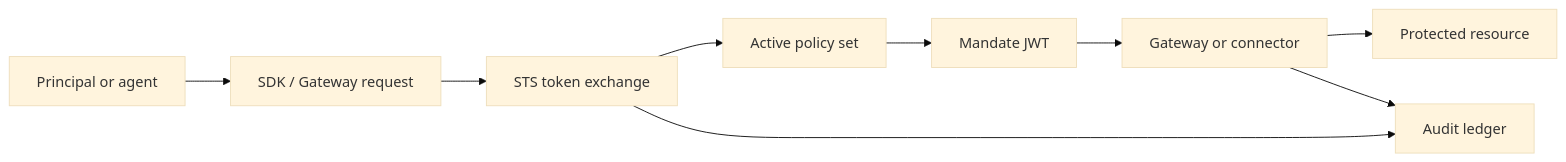
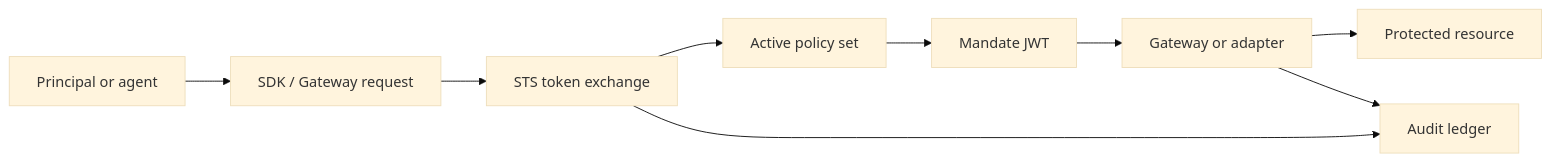
The diagram in docs/src/content/docs/concepts/index.mdx (Garudex-Labs/caracal), drawn with Mermaid (base theme) before and after one commit. The commit also changed other lines of this file and 7 other files, not shown here.

Commit message:
refactor: update documentation to replace 'connector' with 'adapter' terminology across multiple concepts and guides

````diff
--- a/docs/src/content/docs/concepts/index.mdx
+++ b/docs/src/content/docs/concepts/index.mdx
@@ -30,11 +30,11 @@
 ```mermaid
 flowchart LR
   Principal["Principal or agent"] --> SDK["SDK / Gateway request"]
   SDK --> STS["STS token exchange"]
   STS --> Policy["Active policy set"]
   Policy --> Mandate["Mandate JWT"]
-  Mandate --> Gateway["Gateway or connector"]
+  Mandate --> Gateway["Gateway or adapter"]
   Gateway --> Resource["Protected resource"]
   STS --> Audit["Audit ledger"]
   Gateway --> Audit
 ```
````
